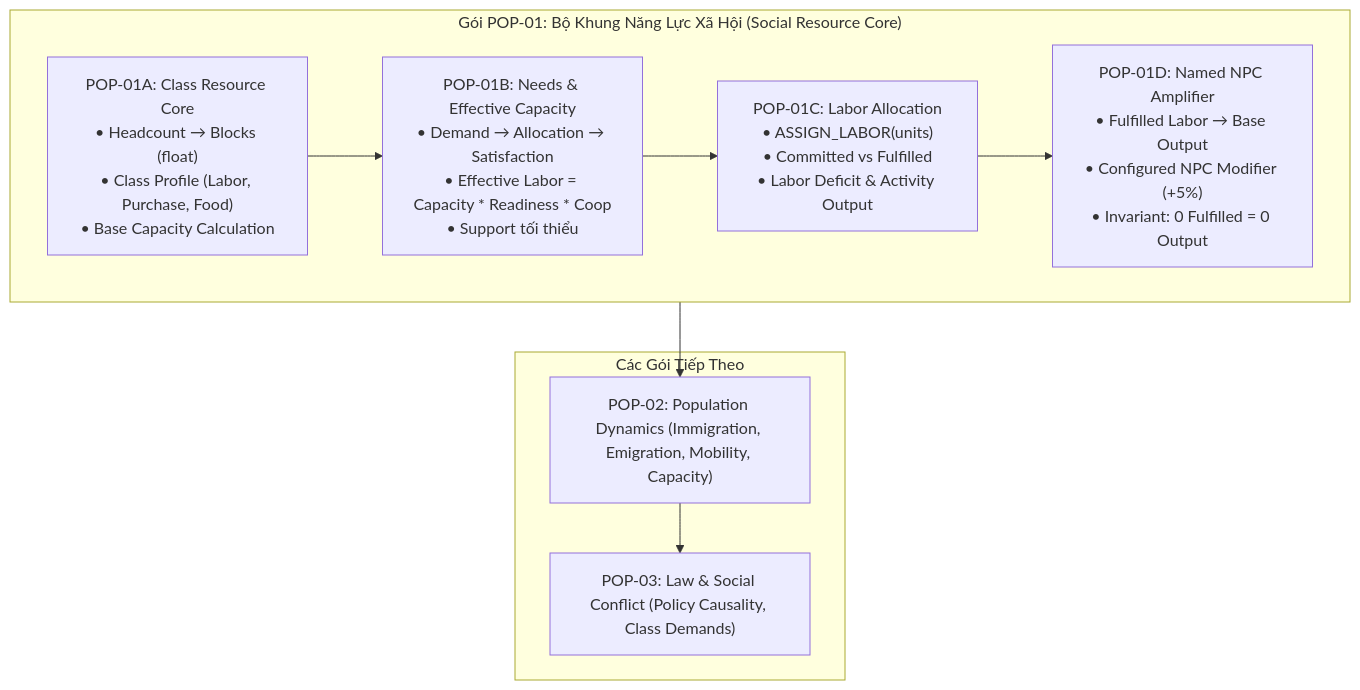
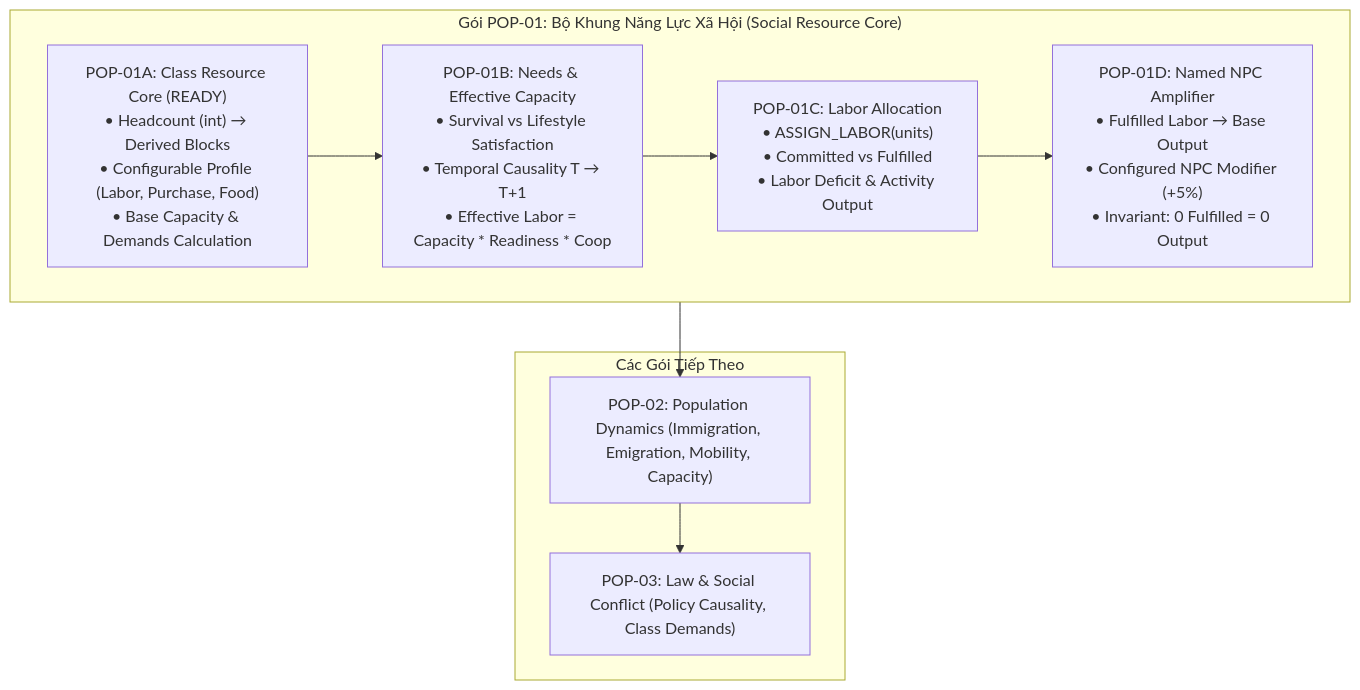
Before and after one commit to tanntran2000/Build-Settlement: the diagram in docs/work_packages/WP-HAVEN-02_Unified_v1.0.md, drawn with Mermaid. The commit also changed other lines of this file, not shown here.

Commit message:
docs(wp): update WP-HAVEN-02 to v1.4 - freeze architecture & lock POP-01A contract

````diff
--- a/docs/work_packages/WP-HAVEN-02_Unified_v1.0.md
+++ b/docs/work_packages/WP-HAVEN-02_Unified_v1.0.md
@@ -300,17 +353,17 @@
 ```mermaid
 flowchart TD
     subgraph POP01 ["Gói POP-01: Bộ Khung Năng Lực Xã Hội (Social Resource Core)"]
-        A["POP-01A: Class Resource Core<br>• Headcount → Blocks (float)<br>• Class Profile (Labor, Purchase, Food)<br>• Base Capacity Calculation"]
-        B["POP-01B: Needs & Effective Capacity<br>• Demand → Allocation → Satisfaction<br>• Effective Labor = Capacity * Readiness * Coop<br>• Support tối thiểu"]
+        A["POP-01A: Class Resource Core (READY)<br>• Headcount (int) → Derived Blocks<br>• Configurable Profile (Labor, Purchase, Food)<br>• Base Capacity & Demands Calculation"]
+        B["POP-01B: Needs & Effective Capacity<br>• Survival vs Lifestyle Satisfaction<br>• Temporal Causality T → T+1<br>• Effective Labor = Capacity * Readiness * Coop"]
         C["POP-01C: Labor Allocation<br>• ASSIGN_LABOR(units)<br>• Committed vs Fulfilled<br>• Labor Deficit & Activity Output"]
         D["POP-01D: Named NPC Amplifier<br>• Fulfilled Labor → Base Output<br>• Configured NPC Modifier (+5%)<br>• Invariant: 0 Fulfilled = 0 Output"]
         A --> B --> C --> D
     end
 
     subgraph FutureSlices ["Các Gói Tiếp Theo"]
         P2["POP-02: Population Dynamics (Immigration, Emigration, Mobility, Capacity)"]
         P3["POP-03: Law & Social Conflict (Policy Causality, Class Demands)"]
     end
 
     POP01 --> P2 --> P3
 ```
````
